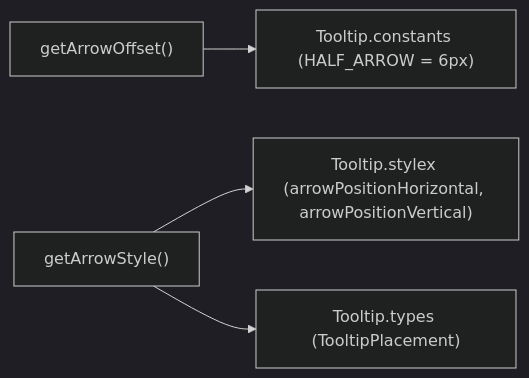
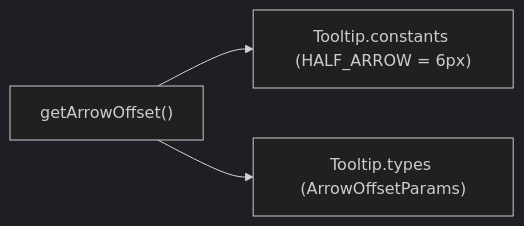
The diagram in packages/ui/src/components/Tooltip/utils/ARCHITECTURE.md (luciocabrera/lcabrera-stack), drawn with Mermaid (dark theme) before and after one commit. The commit also changed other lines of this file and 137 other files, not shown here.

````diff
--- a/packages/ui/src/components/Tooltip/utils/ARCHITECTURE.md
+++ b/packages/ui/src/components/Tooltip/utils/ARCHITECTURE.md
@@ -16,6 +18,5 @@
 ```mermaid
 graph LR
   GAO["getArrowOffset()"] --> constants["Tooltip.constants (HALF_ARROW = 6px)"]
-  GAS["getArrowStyle()"] --> stylex["Tooltip.stylex (arrowPositionHorizontal, arrowPositionVertical)"]
-  GAS --> types["Tooltip.types (TooltipPlacement)"]
+  GAO --> types["Tooltip.types (ArrowOffsetParams)"]
 ```
````
